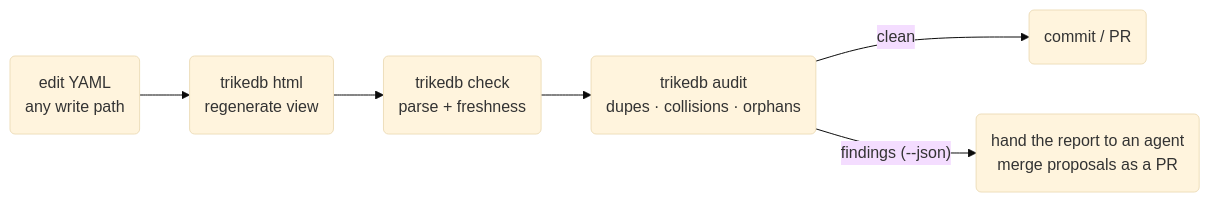
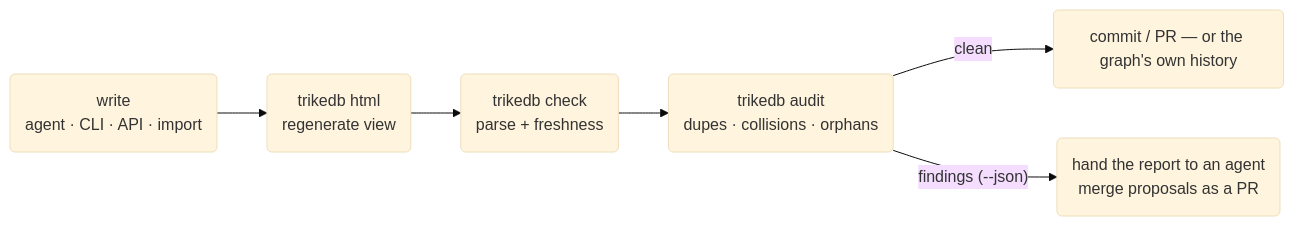
Before and after one commit to RyutoYoda/trikedb: the second of 2 diagrams in docs/REFERENCE.md, drawn with Mermaid (base theme). The commit also changed other lines of this file and 9 other files, not shown here.

First line of the commit message:
Release: 0.21.0 — trikedb html がリモートグラフ全部で壊れていたのを修正（S3対応時から）。ついでに -o s3:// で公開できるように。「YAMLは手で書くのか」「HTMLはどこに出るのか」「グラフをどう更新していくのか」をドキュメント化

````diff
--- a/docs/REFERENCE.md
+++ b/docs/REFERENCE.md
@@ -529,8 +577,8 @@
 ```mermaid
 flowchart LR
-    E("edit YAML<br/>any write path") --> G("trikedb html<br/>regenerate view")
+    E("write<br/>agent · CLI · API · import") --> G("trikedb html<br/>regenerate view")
     G --> C("trikedb check<br/>parse + freshness")
     C --> A("trikedb audit<br/>dupes · collisions · orphans")
-    A -->|clean| PR("commit / PR")
+    A -->|clean| PR("commit / PR — or the graph's own history")
     A -->|"findings (--json)"| LLM("hand the report to an agent<br/>merge proposals as a PR")
 ```
````
